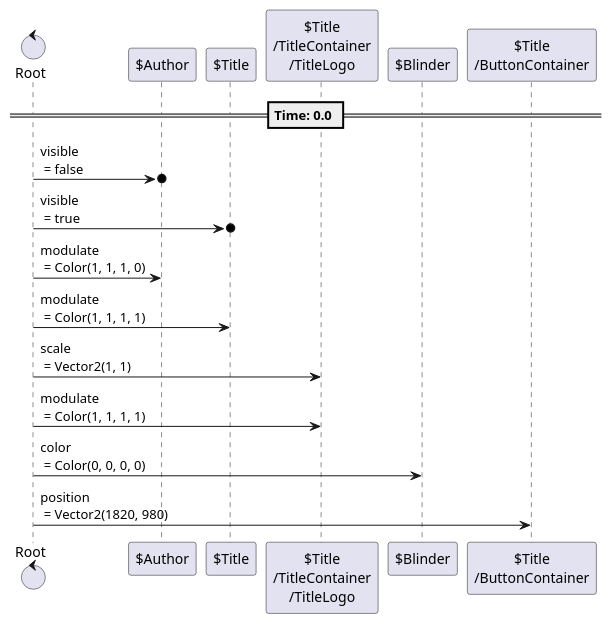
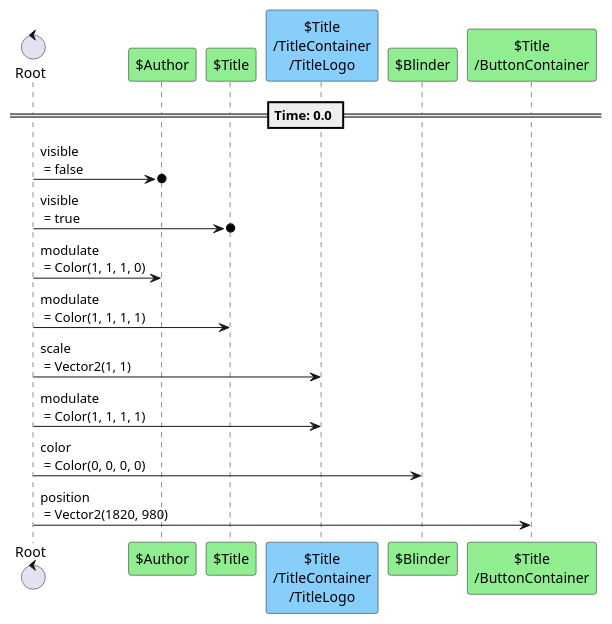
One commit to tkmfujise/Platformer-Game-Learning changed the second of 5 diagrams in content/scenes/src/beginning/screen/screen.tscn.adoc. Above: the diagram before and after it, drawn with PlantUML. The commit also changed other lines of this file and 67 other files, not shown here.

```diff
--- a/content/scenes/src/beginning/screen/screen.tscn.adoc
+++ b/content/scenes/src/beginning/screen/screen.tscn.adoc
@@ -148,23 +148,23 @@
 [plantuml]
 ....
 control "Root" as R
-participant "$Author" as T0
-participant "$Title" as T1
-participant "$Title\n/TitleContainer\n/TitleLogo" as T4
-participant "$Blinder" as T6
-participant "$Title\n/ButtonContainer" as T7
+participant "$Author" as T0 #90EE90
+participant "$Title" as T1 #90EE90
+participant "$Title\n/TitleContainer\n/TitleLogo" as T4 #87CEFA
+participant "$Blinder" as T6 #90EE90
+participant "$Title\n/ButtonContainer" as T7 #90EE90
 
 
 
 == Time: 0.0 ==
 R  ->o  T0 : visible\n = false
 R  ->o  T1 : visible\n = true
 R  ->  T0 : modulate\n = Color(1, 1, 1, 0)
 R  ->  T1 : modulate\n = Color(1, 1, 1, 1)
 R  ->  T4 : scale\n = Vector2(1, 1)
 R  ->  T4 : modulate\n = Color(1, 1, 1, 1)
 R  ->  T6 : color\n = Color(0, 0, 0, 0)
 R  ->  T7 : position\n = Vector2(1820, 980)
 
 
 ....
```
